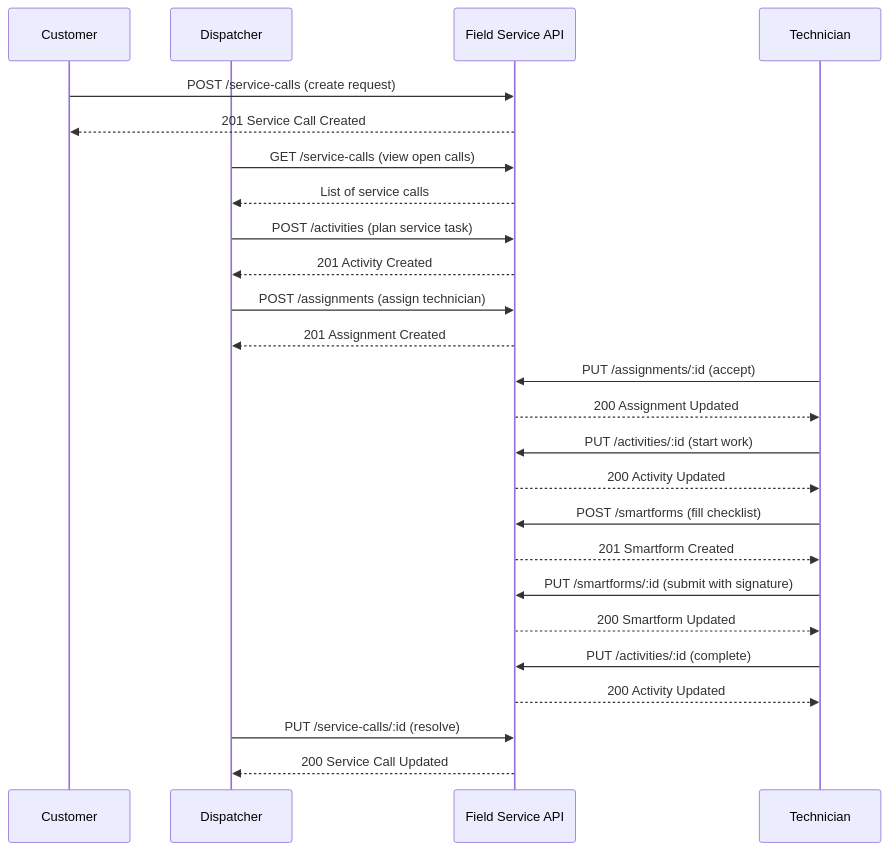
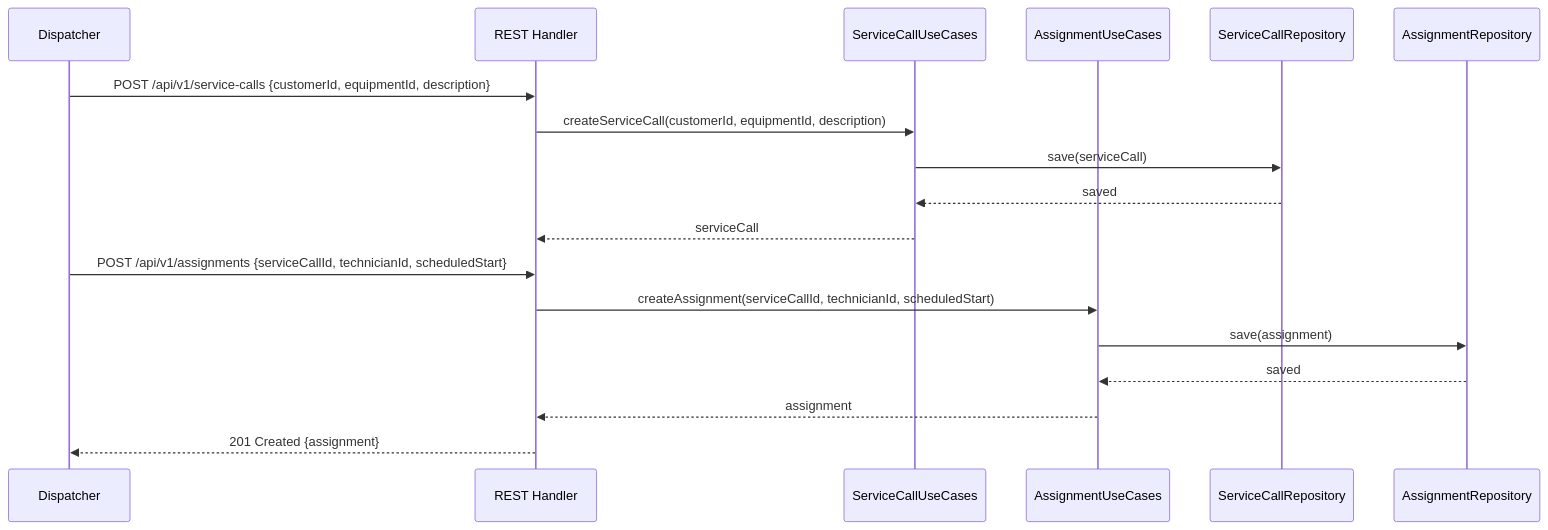
The third of 3 diagrams in field-service/UML.md (UIMSolutions/uim-platform), drawn with Mermaid before and after one commit. The commit also changed other lines of this file and 128 other files, not shown here.

Commit message:
Refactor UML documentation for Task Center and Transport services; streamline class diagrams, sequence diagrams, and component diagrams for clarity and consistency. Update NAFv4 architecture description to enhance structure and readability. Adjust container module imports for better organization.

````diff
--- a/field-service/UML.md
+++ b/field-service/UML.md
@@ -298,37 +111,21 @@
 ```mermaid
 sequenceDiagram
-    participant C as Customer
     participant D as Dispatcher
-    participant API as Field Service API
-    participant T as Technician
+    participant R as REST Handler
+    participant SC_UC as ServiceCallUseCases
+    participant A_UC as AssignmentUseCases
+    participant SCR as ServiceCallRepository
+    participant AR as AssignmentRepository
 
-    C->>API: POST /service-calls (create request)
-    API-->>C: 201 Service Call Created
-
-    D->>API: GET /service-calls (view open calls)
-    API-->>D: List of service calls
-
-    D->>API: POST /activities (plan service task)
-    API-->>D: 201 Activity Created
-
-    D->>API: POST /assignments (assign technician)
-    API-->>D: 201 Assignment Created
-
-    T->>API: PUT /assignments/:id (accept)
-    API-->>T: 200 Assignment Updated
-
-    T->>API: PUT /activities/:id (start work)
-    API-->>T: 200 Activity Updated
-
-    T->>API: POST /smartforms (fill checklist)
-    API-->>T: 201 Smartform Created
-
-    T->>API: PUT /smartforms/:id (submit with signature)
-    API-->>T: 200 Smartform Updated
-
-    T->>API: PUT /activities/:id (complete)
-    API-->>T: 200 Activity Updated
-
-    D->>API: PUT /service-calls/:id (resolve)
-    API-->>D: 200 Service Call Updated
+    D->>R: POST /api/v1/service-calls {customerId, equipmentId, description}
+    R->>SC_UC: createServiceCall(customerId, equipmentId, description)
+    SC_UC->>SCR: save(serviceCall)
+    SCR-->>SC_UC: saved
+    SC_UC-->>R: serviceCall
+    D->>R: POST /api/v1/assignments {serviceCallId, technicianId, scheduledStart}
+    R->>A_UC: createAssignment(serviceCallId, technicianId, scheduledStart)
+    A_UC->>AR: save(assignment)
+    AR-->>A_UC: saved
+    A_UC-->>R: assignment
+    R-->>D: 201 Created {assignment}
 ```
````
